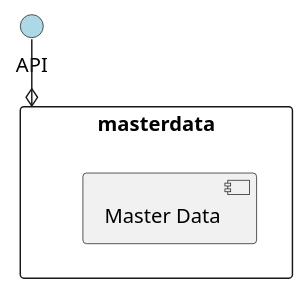
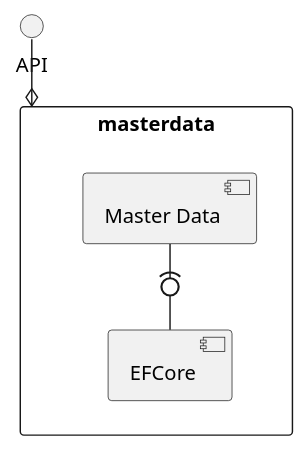
The diagram in docs/sprint_1/global_artifacts/arquitecture/Level_2/logicview_n2.puml (BernasDzn/portit), drawn with PlantUML before and after one commit. The commit also changed 13 other files, not shown here.

```diff
--- a/docs/sprint_1/global_artifacts/arquitecture/Level_2/logicview_n2.puml
+++ b/docs/sprint_1/global_artifacts/arquitecture/Level_2/logicview_n2.puml
@@ -1,14 +1,14 @@
 @startuml logicview_n4
 skinparam Linetype polyline
 
-circle "API" as api #LightBlue
-
-api --o masterdata
+API --o masterdata
 
 rectangle "PortManSys" as masterdata {
 	
 	[Master Data] as backend
+	[EFCore] as efcore
 
+	backend -(0- efcore
 }
 
 @enduml
```
